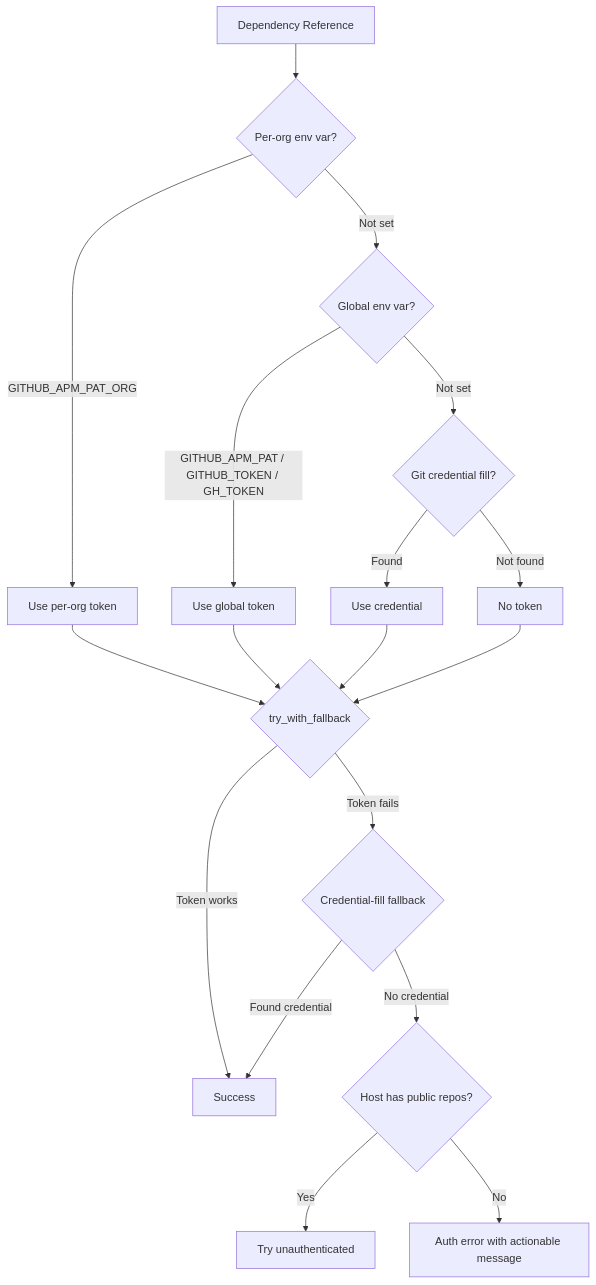
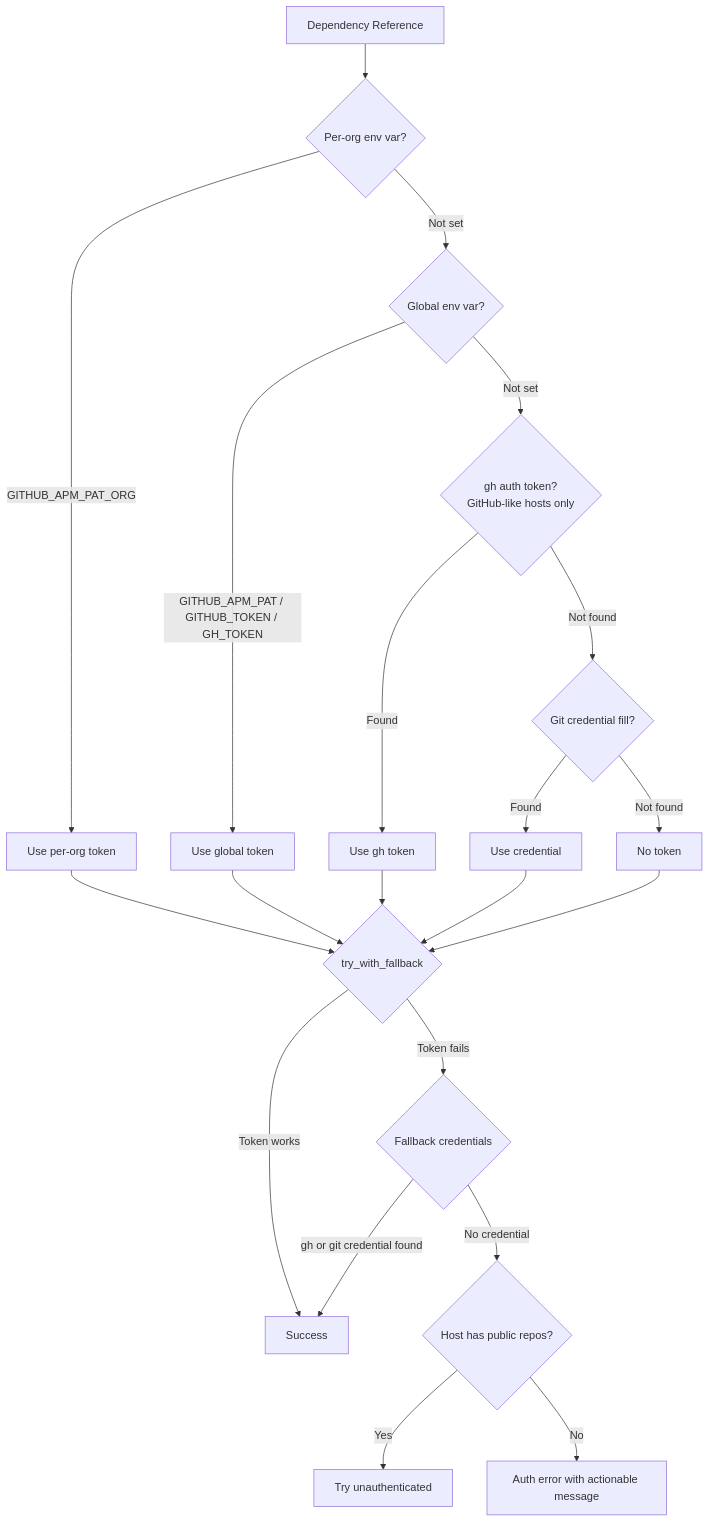
One commit to NeatNerdPrime/apm changed the diagram in docs/src/content/docs/getting-started/authentication.md. Above: the diagram before and after it, drawn with Mermaid. The commit also changed other lines of this file and 7 other files, not shown here.

First line of the commit message:
Add gh auth token fallback before git credential fill (#630)

````diff
--- a/docs/src/content/docs/getting-started/authentication.md
+++ b/docs/src/content/docs/getting-started/authentication.md
@@ -309,22 +313,25 @@
 ```mermaid
 flowchart TD
     A[Dependency Reference] --> B{Per-org env var?}
     B -->|GITHUB_APM_PAT_ORG| C[Use per-org token]
     B -->|Not set| D{Global env var?}
     D -->|GITHUB_APM_PAT / GITHUB_TOKEN / GH_TOKEN| E[Use global token]
-    D -->|Not set| F{Git credential fill?}
-    F -->|Found| G[Use credential]
-    F -->|Not found| H[No token]
+    D -->|Not set| F{gh auth token?<br/>GitHub-like hosts only}
+    F -->|Found| G[Use gh token]
+    F -->|Not found| H{Git credential fill?}
+    H -->|Found| J[Use credential]
+    H -->|Not found| K[No token]
 
     E --> I{try_with_fallback}
     C --> I
     G --> I
-    H --> I
+    J --> I
+    K --> I
 
-    I -->|Token works| J[Success]
-    I -->|Token fails| K{Credential-fill fallback}
-    K -->|Found credential| J
-    K -->|No credential| L{Host has public repos?}
-    L -->|Yes| M[Try unauthenticated]
-    L -->|No| N[Auth error with actionable message]
+    I -->|Token works| L[Success]
+    I -->|Token fails| M{Fallback credentials}
+    M -->|gh or git credential found| L
+    M -->|No credential| N{Host has public repos?}
+    N -->|Yes| O[Try unauthenticated]
+    N -->|No| P[Auth error with actionable message]
 ```
````
